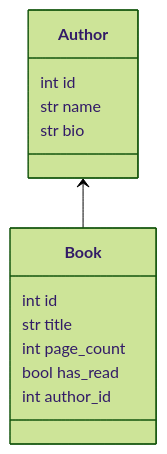
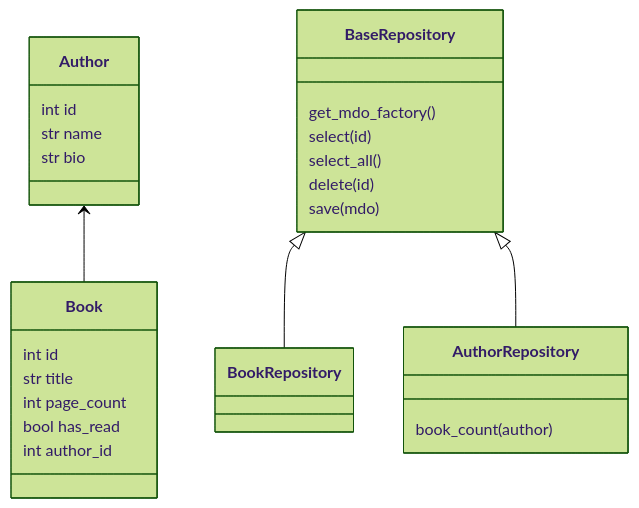
One commit to bsmith/w04d3_one2many_hw changed the diagram in README.md. Above: the diagram before and after it, drawn with Mermaid (forest theme).

Commit message:
Class diagram for repositories and models

````diff
--- a/README.md
+++ b/README.md
@@ -9,12 +9,22 @@
 ```mermaid
 classDiagram
 Author <-- Book
 Author : int id
 Author : str name
 Author : str bio
 Book : int id
 Book : str title
 Book : int page_count
 Book : bool has_read
 Book : int author_id
+class BaseRepository {
+    get_mdo_factory()
+    select(id)
+    select_all()
+    delete(id)
+    save(mdo)
+}
+BaseRepository <|-- BookRepository
+BaseRepository <|-- AuthorRepository
+AuthorRepository : book_count(author)
 ```
````
